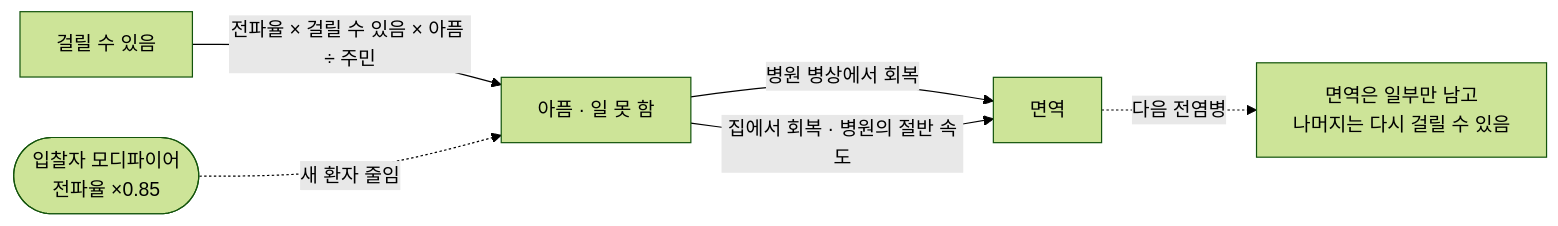
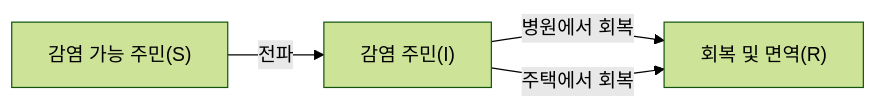
Before and after one commit to ashadeveloperr/ashadeveloperr.github.io: the eighth of 8 diagrams in src/3-desert-settlement/기술문서.md, drawn with Mermaid (forest theme). The commit also changed other lines of this file and 2 other files, not shown here.

````diff
--- a/src/3-desert-settlement/기술문서.md
+++ b/src/3-desert-settlement/기술문서.md
@@ -505,10 +436,7 @@
 ```mermaid
 flowchart LR
   %% simple — 작은 설명 도표: 상세 문서에서 원문·크게 보기 줄을 숨김
-  %% 원본 Disasters.cs 209~231, 307~320
-  S["걸릴 수 있음"] -->|"전파율 × 걸릴 수 있음 × 아픔 ÷ 주민"| I["아픔 · 일 못 함"]
-  I -->|"병원 병상에서 회복"| R["면역"]
-  I -->|"집에서 회복 · 병원의 절반 속도"| R
-  MD(["입찰자 모디파이어<br/>전파율 ×0.85"]) -.->|"새 환자 줄임"| I
-  R -.->|"다음 전염병"| NX["면역은 일부만 남고<br/>나머지는 다시 걸릴 수 있음"]
+  S["감염 가능 주민(S)"] -->|"전파"| I["감염 주민(I)"]
+  I -->|"병원에서 회복"| R["회복 및 면역(R)"]
+  I -->|"주택에서 회복"| R
 ```
````
